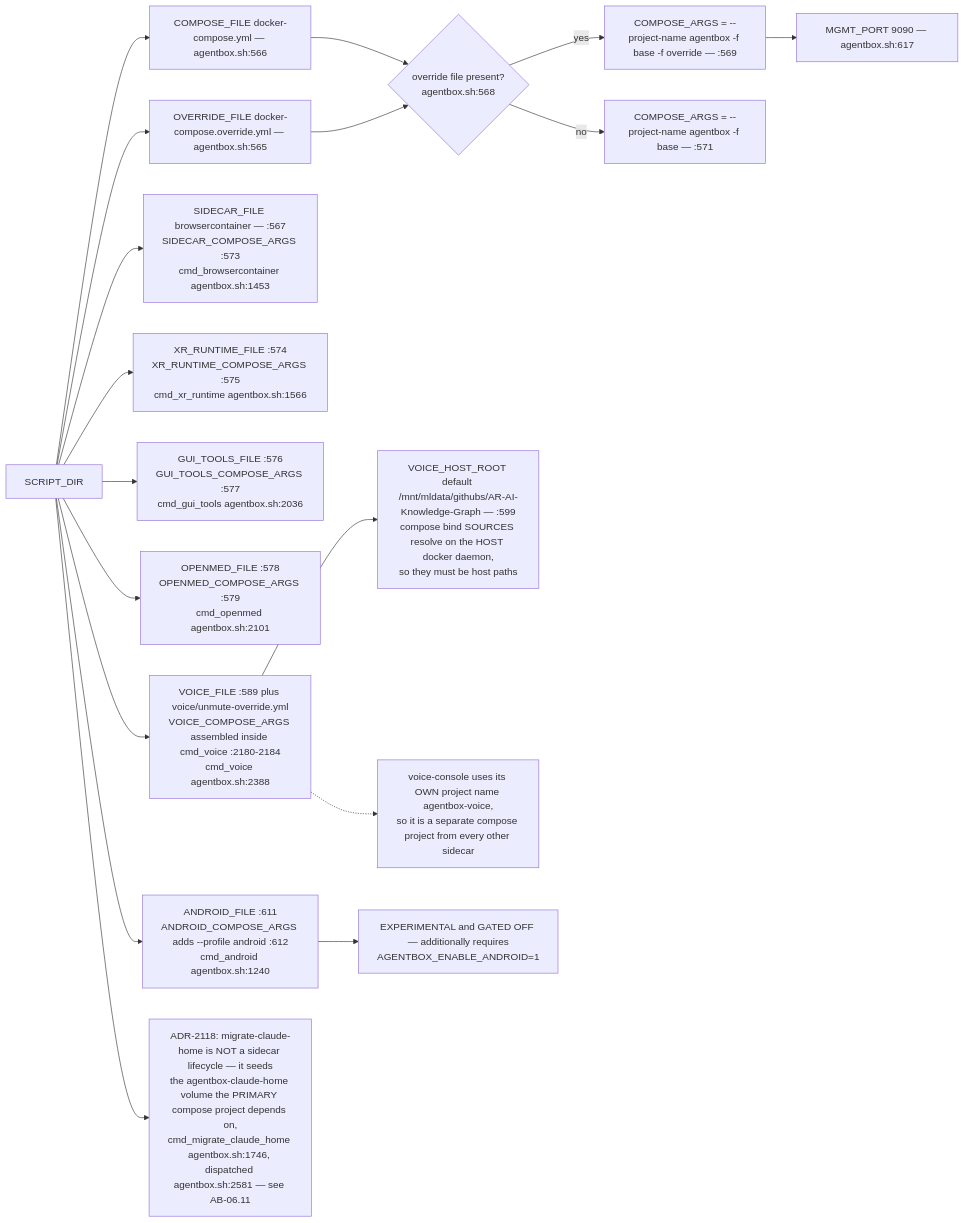
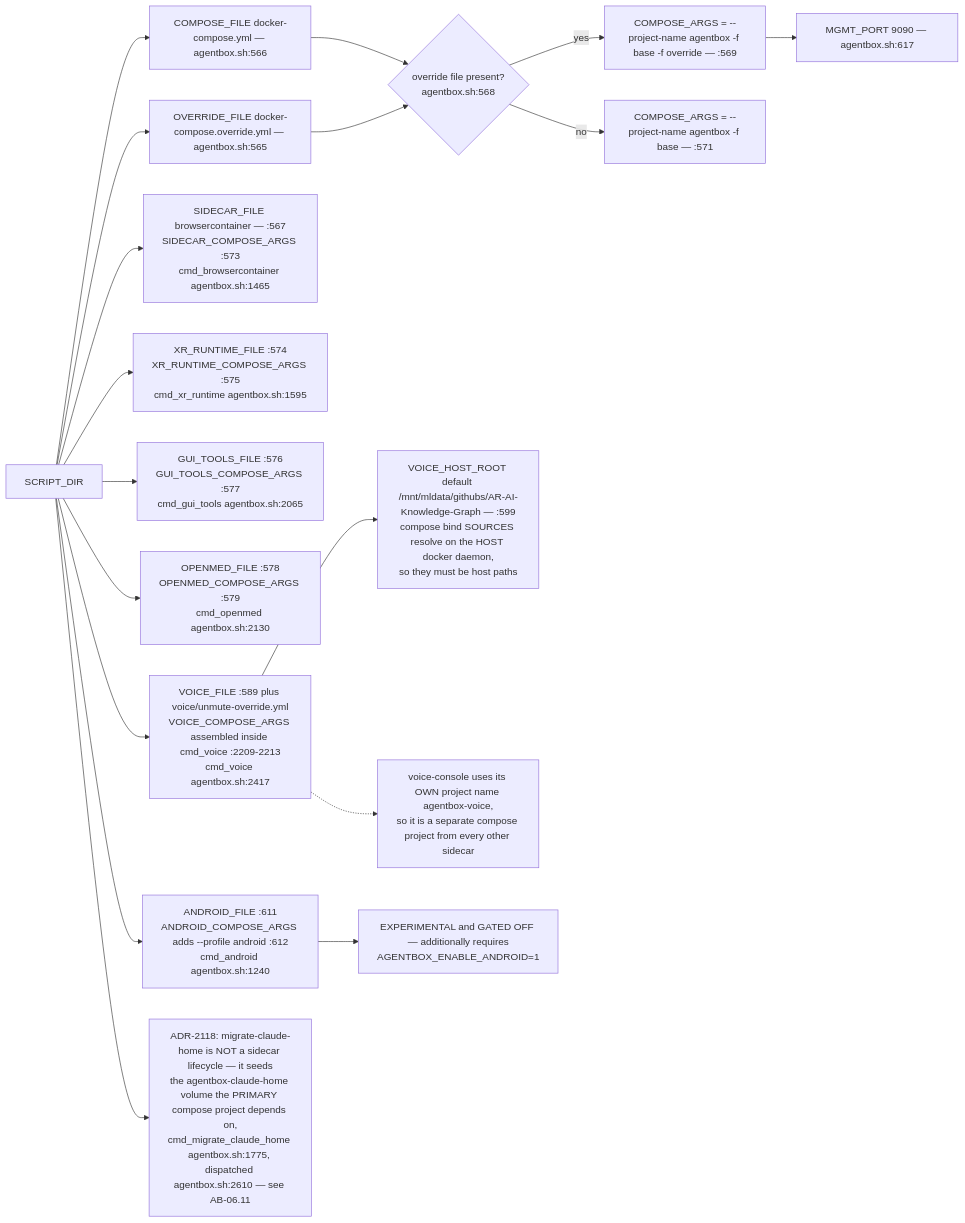
One commit to DreamLab-AI/VisionFlow changed the sixth of 13 diagrams in docs/diagrams/agentbox/06-sidecars-and-compose-overlays.md. Above: the diagram before and after it, drawn with Mermaid. The commit also changed other lines of this file and 14 other files, not shown here.

First line of the commit message:
docs(diagrams): custody role isolation — new AB-36, re-stamp 11 topics at the custody integration head

````diff
--- a/docs/diagrams/agentbox/06-sidecars-and-compose-overlays.md
+++ b/docs/diagrams/agentbox/06-sidecars-and-compose-overlays.md
@@ -187,20 +197,20 @@
 ```mermaid
 flowchart LR
     SD["SCRIPT_DIR"] --> A1["COMPOSE_FILE docker-compose.yml — agentbox.sh:566"]
     SD --> A2["OVERRIDE_FILE docker-compose.override.yml — agentbox.sh:565"]
     A1 --> CA{"override file present?<br/>agentbox.sh:568"}
     A2 --> CA
     CA -->|yes| CA1["COMPOSE_ARGS = --project-name agentbox -f base -f override — :569"]
     CA -->|no| CA2["COMPOSE_ARGS = --project-name agentbox -f base — :571"]
-    SD --> S1["SIDECAR_FILE browsercontainer — :567<br/>SIDECAR_COMPOSE_ARGS :573<br/>cmd_browsercontainer agentbox.sh:1453"]
-    SD --> S2["XR_RUNTIME_FILE :574<br/>XR_RUNTIME_COMPOSE_ARGS :575<br/>cmd_xr_runtime agentbox.sh:1566"]
-    SD --> S3["GUI_TOOLS_FILE :576<br/>GUI_TOOLS_COMPOSE_ARGS :577<br/>cmd_gui_tools agentbox.sh:2036"]
-    SD --> S4["OPENMED_FILE :578<br/>OPENMED_COMPOSE_ARGS :579<br/>cmd_openmed agentbox.sh:2101"]
-    SD --> S5["VOICE_FILE :589 plus voice/unmute-override.yml<br/>VOICE_COMPOSE_ARGS assembled inside cmd_voice :2180-2184<br/>cmd_voice agentbox.sh:2388"]
+    SD --> S1["SIDECAR_FILE browsercontainer — :567<br/>SIDECAR_COMPOSE_ARGS :573<br/>cmd_browsercontainer agentbox.sh:1465"]
+    SD --> S2["XR_RUNTIME_FILE :574<br/>XR_RUNTIME_COMPOSE_ARGS :575<br/>cmd_xr_runtime agentbox.sh:1595"]
+    SD --> S3["GUI_TOOLS_FILE :576<br/>GUI_TOOLS_COMPOSE_ARGS :577<br/>cmd_gui_tools agentbox.sh:2065"]
+    SD --> S4["OPENMED_FILE :578<br/>OPENMED_COMPOSE_ARGS :579<br/>cmd_openmed agentbox.sh:2130"]
+    SD --> S5["VOICE_FILE :589 plus voice/unmute-override.yml<br/>VOICE_COMPOSE_ARGS assembled inside cmd_voice :2209-2213<br/>cmd_voice agentbox.sh:2417"]
     SD --> S6["ANDROID_FILE :611<br/>ANDROID_COMPOSE_ARGS adds --profile android :612<br/>cmd_android agentbox.sh:1240"]
     S5 --> VH["VOICE_HOST_ROOT default /mnt/mldata/githubs/AR-AI-Knowledge-Graph — :599<br/>compose bind SOURCES resolve on the HOST docker daemon,<br/>so they must be host paths"]
     S6 --> AG["EXPERIMENTAL and GATED OFF — additionally requires<br/>AGENTBOX_ENABLE_ANDROID=1"]
     CA1 --> MGMT["MGMT_PORT 9090 — agentbox.sh:617"]
     S5 -.-> VNOTE["voice-console uses its OWN project name agentbox-voice,<br/>so it is a separate compose project from every other sidecar"]
-    SD --> S7["ADR-2118: migrate-claude-home is NOT a sidecar lifecycle — it seeds<br/>the agentbox-claude-home volume the PRIMARY compose project depends on,<br/>cmd_migrate_claude_home agentbox.sh:1746, dispatched agentbox.sh:2581 — see AB-06.11"]
+    SD --> S7["ADR-2118: migrate-claude-home is NOT a sidecar lifecycle — it seeds<br/>the agentbox-claude-home volume the PRIMARY compose project depends on,<br/>cmd_migrate_claude_home agentbox.sh:1775, dispatched agentbox.sh:2610 — see AB-06.11"]
 ```
````
